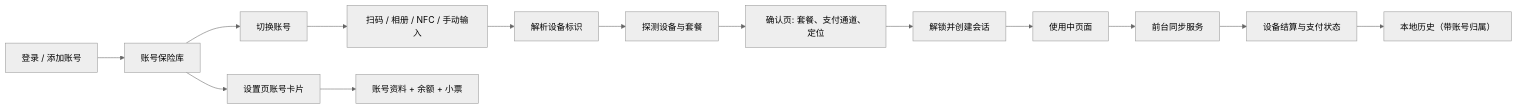
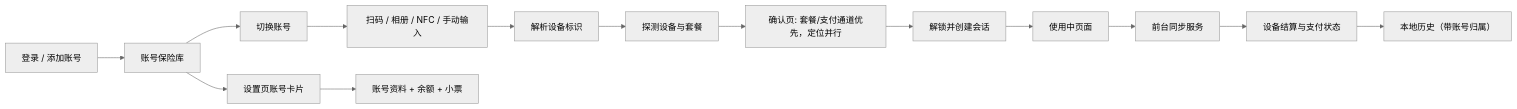
One commit to WindDrift/fuck-pangguai changed the diagram in docs/architecture.md. Above: the diagram before and after it, drawn with Mermaid (neutral theme). The commit also changed other lines of this file and 3 other files, not shown here.

````diff
--- a/docs/architecture.md
+++ b/docs/architecture.md
@@ -48,17 +48,17 @@
 ```mermaid
 flowchart LR
     A[扫码 / 相册 / NFC / 手动输入] --> B[解析设备标识]
     B --> C[探测设备与套餐]
-    C --> D[确认页: 套餐、支付通道、定位]
+    C --> D[确认页: 套餐/支付通道优先，定位并行]
     D --> E[解锁并创建会话]
     E --> F[使用中页面]
     F --> G[前台同步服务]
     G --> H[设备结算与支付状态]
     H --> I[本地历史（带账号归属）]
 
     J[登录 / 添加账号] --> K[账号保险库]
     K --> L[切换账号]
     L --> A
     K --> M[设置页账号卡片]
     M --> N[账号资料 + 余额 + 小票]
 ```
````
